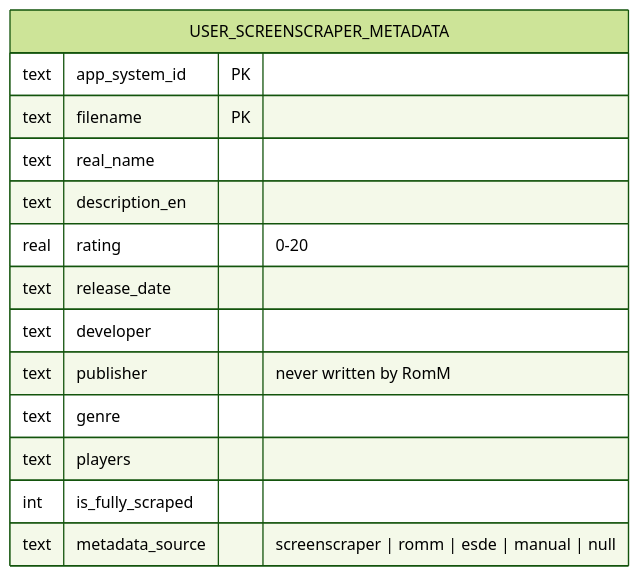
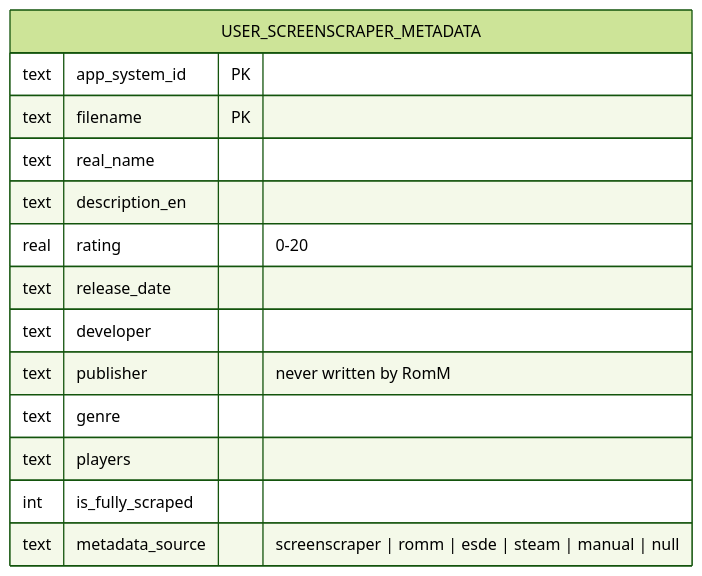
One commit to jonstump/neostation-frontend changed the second of 2 diagrams in sdd/specs/romm-metadata-fetch/design.md. Above: the diagram before and after it, drawn with Mermaid (forest theme). The commit also changed 2 other files, not shown here.

Commit message:
docs(sdd): SPEC-0005/ADR-0005 metadata_source gains the steam value
The Steam scraper is a real writer of user_screenscraper_metadata, so the
provenance enum records it truthfully (PR #40 review).

AI-Assisted: Claude:Fable-5.1

````diff
--- a/sdd/specs/romm-metadata-fetch/design.md
+++ b/sdd/specs/romm-metadata-fetch/design.md
@@ -95,17 +95,17 @@
 ```mermaid
 erDiagram
     USER_SCREENSCRAPER_METADATA {
         text app_system_id PK
         text filename PK
         text real_name
         text description_en
         real rating "0-20"
         text release_date
         text developer
         text publisher "never written by RomM"
         text genre
         text players
         int is_fully_scraped
-        text metadata_source "screenscraper | romm | esde | manual | null"
+        text metadata_source "screenscraper | romm | esde | steam | manual | null"
     }
 ```
````
